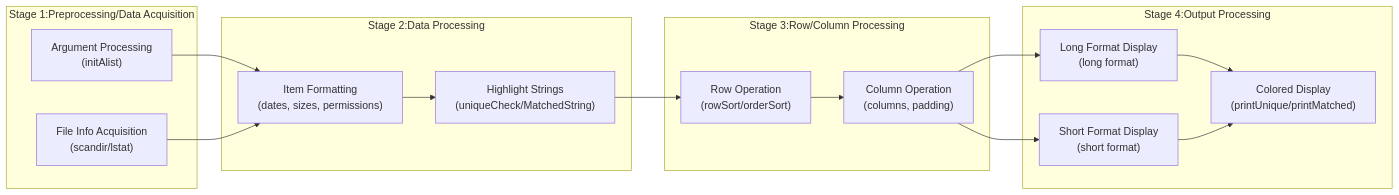
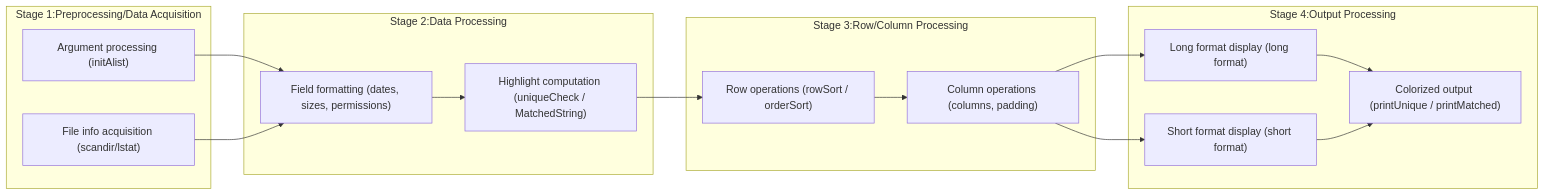
The diagram in README_english.md (zunyon/rls), drawn with Mermaid before and after one commit. The commit also changed other lines of this file and 5 other files, not shown here.

````diff
--- a/README_english.md
+++ b/README_english.md
@@ -144,27 +189,27 @@
 ```mermaid
-	flowchart LR
-	subgraph Stage 1:Preprocessing/Data Acquisition
-		A["Argument Processing<br>(initAlist)"]
-		B["File Info Acquisition<br>(scandir/lstat)"]
-	end
-	A & B --> D
+flowchart LR
+  subgraph Stage 1:Preprocessing/Data Acquisition
+    A["Argument processing (initAlist)"]
+    B["File info acquisition (scandir/lstat)"]
+  end
+  A & B --> D
 
-	subgraph Stage 2:Data Processing
-		D["Item Formatting<br>(dates, sizes, permissions)"]
-		E["Highlight Strings<br>(uniqueCheck/MatchedString)"]
-	end
-	D --> E
-	E --> G
+  subgraph Stage 2:Data Processing
+    D["Field formatting (dates, sizes, permissions)"]
+    E["Highlight computation (uniqueCheck / MatchedString)"]
+  end
+  D --> E
+  E --> G
 
-	subgraph Stage 3:Row/Column Processing
-		G["Row Operation<br>(rowSort/orderSort)"] --> H["Column Operation<br>(columns, padding)"]
-	end
-	H --> I & J
+  subgraph Stage 3:Row/Column Processing
+    G["Row operations (rowSort / orderSort)"] --> H["Column operations (columns, padding)"]
+  end
+  H --> I & J
 
-	subgraph Stage 4:Output Processing
-		I["Long Format Display<br>(long format)"]
-		J["Short Format Display<br>(short format)"]
-		K["Colored Display<br>(printUnique/printMatched)"]
-	end
-	I & J --> K
+  subgraph Stage 4:Output Processing
+    I["Long format display (long format)"]
+    J["Short format display (short format)"]
+    K["Colorized output (printUnique / printMatched)"]
+  end
+  I & J --> K
 ```
````
